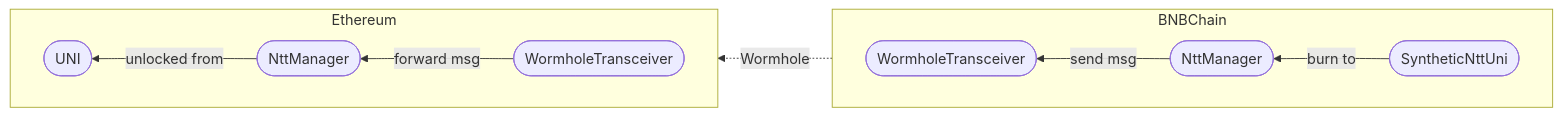
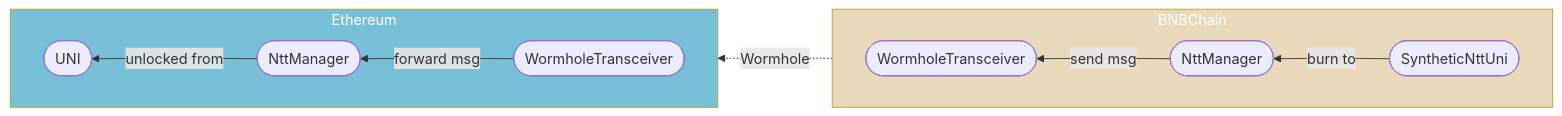
One commit to Uniswap/protocol-fees changed the third of 4 diagrams in script/proposal-4/Index.md. Above: the diagram before and after it, drawn with Mermaid. The commit also changed other lines of this file, not shown here.

````diff
--- a/script/proposal-4/Index.md
+++ b/script/proposal-4/Index.md
@@ -109,23 +112,26 @@
 ```mermaid
 flowchart RL
     ETH_WT([WormholeTransceiver])
     ETH_NTT([NttManager])
     ETH_UNI([UNI])
     BNB_WT([WormholeTransceiver])
     BNB_NTT([NttManager])
     BNB_UNI([SyntheticNttUni])
 
     subgraph Ethereum
         direction RL
         ETH_WT -->|forward msg| ETH_NTT
         ETH_NTT -->|unlocked from| ETH_UNI
     end
 
+    BNBChain:::bnb -.->|Wormhole| Ethereum:::eth
+
     subgraph BNBChain
         direction RL
         BNB_UNI -->|burn to| BNB_NTT
         BNB_NTT -->|send msg| BNB_WT
     end
 
-    BNBChain -.->|Wormhole| Ethereum
+    classDef bnb fill:#d7b67e88,color:#fff
+    classDef eth fill:#008ab688,color:#fff
 ```
````
